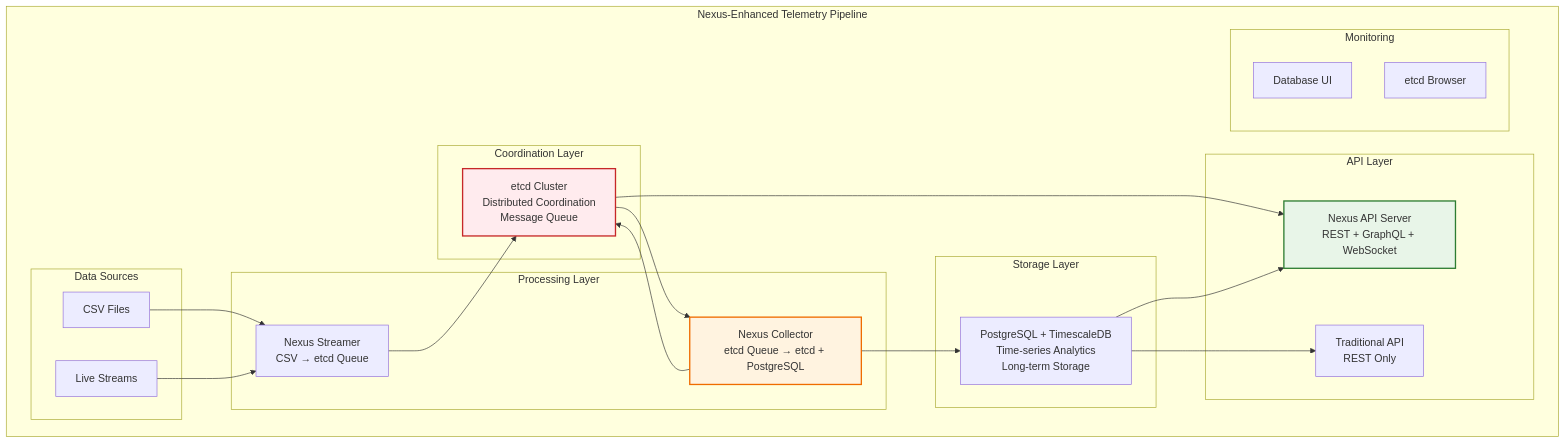
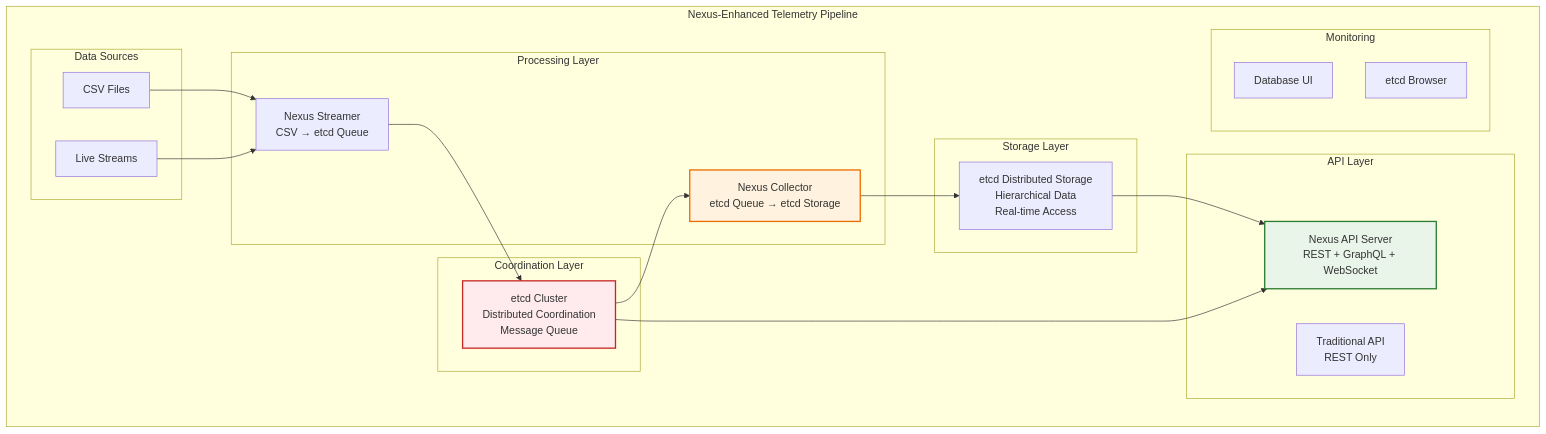
One commit to dilipmighty245/telemetry-pipeline changed the diagram in docs/NEXUS_INTEGRATION_GUIDE.md. Above: the diagram before and after it, drawn with Mermaid. The commit also changed other lines of this file and 33 other files, not shown here.

````diff
--- a/docs/NEXUS_INTEGRATION_GUIDE.md
+++ b/docs/NEXUS_INTEGRATION_GUIDE.md
@@ -33,46 +33,44 @@
 ```mermaid
 graph TB
     subgraph "Nexus-Enhanced Telemetry Pipeline"
         subgraph "Data Sources"
             CSV[CSV Files]
             STREAM[Live Streams]
         end
         
         subgraph "Coordination Layer"
             ETCD[etcd Cluster<br/>Distributed Coordination<br/>Message Queue]
         end
         
         subgraph "Processing Layer"
             NSTREAMER[Nexus Streamer<br/>CSV → etcd Queue]
-            NCOLLECTOR[Nexus Collector<br/>etcd Queue → etcd + PostgreSQL]
+            NCOLLECTOR[Nexus Collector<br/>etcd Queue → etcd Storage]
         end
         
         subgraph "API Layer"
             NAPI[Nexus API Server<br/>REST + GraphQL + WebSocket]
             TAPI[Traditional API<br/>REST Only]
         end
         
         subgraph "Storage Layer"
-            POSTGRES[PostgreSQL + TimescaleDB<br/>Time-series Analytics<br/>Long-term Storage]
+            ETCDSTORAGE[etcd Distributed Storage<br/>Hierarchical Data<br/>Real-time Access]
         end
         
         subgraph "Monitoring"
             ADMINER[Database UI]
             ETCDUI[etcd Browser]
         end
     end
     
     CSV --> NSTREAMER
     STREAM --> NSTREAMER
     NSTREAMER --> ETCD
     ETCD --> NCOLLECTOR
-    NCOLLECTOR --> ETCD
-    NCOLLECTOR --> POSTGRES
+    NCOLLECTOR --> ETCDSTORAGE
+    ETCDSTORAGE --> NAPI
     ETCD --> NAPI
-    POSTGRES --> NAPI
-    POSTGRES --> TAPI
     
     style ETCD fill:#ffebee,stroke:#c62828,stroke-width:2px
     style NAPI fill:#e8f5e8,stroke:#2e7d32,stroke-width:2px
     style NCOLLECTOR fill:#fff3e0,stroke:#ef6c00,stroke-width:2px
 ```
````
